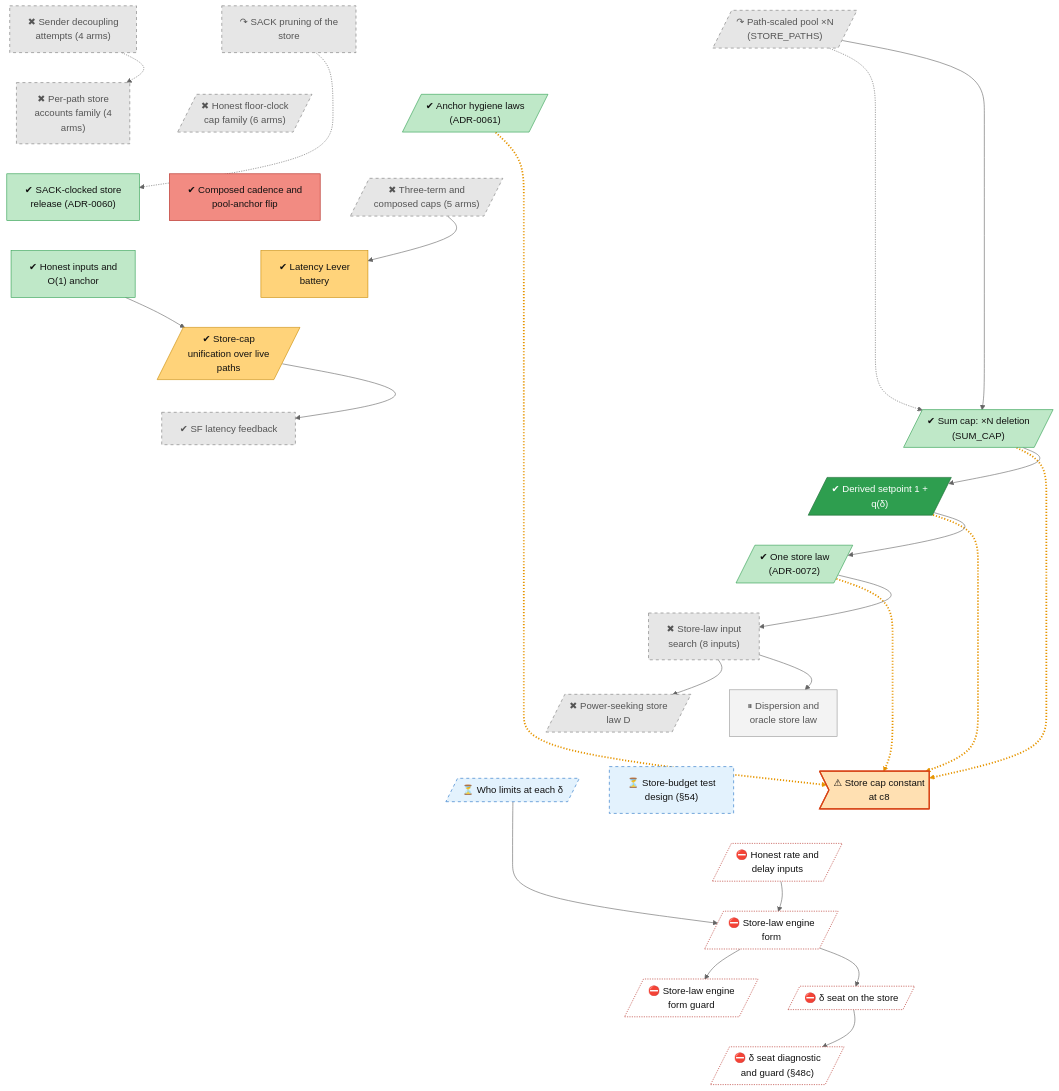
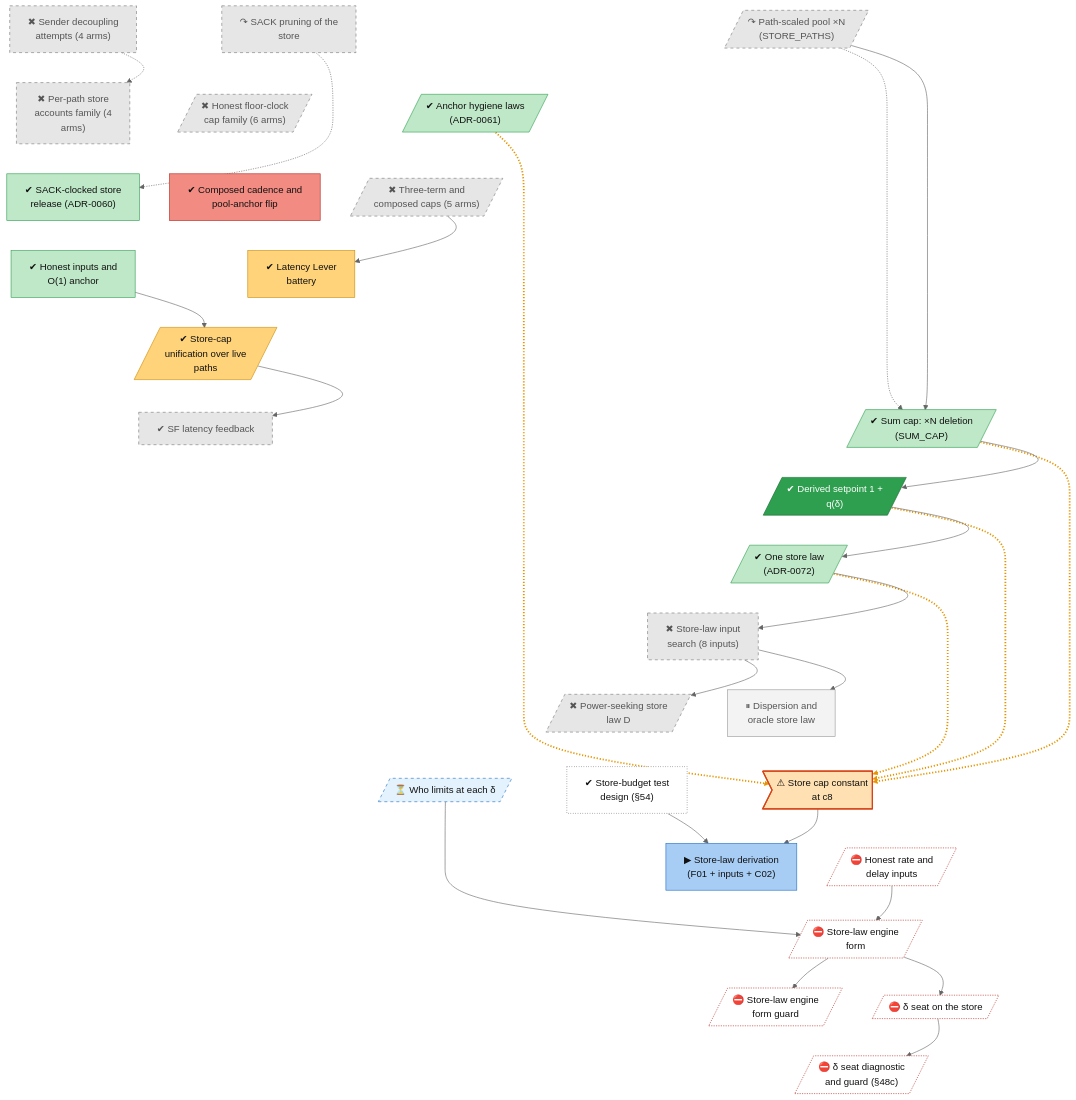
One commit to lhns/raptorpath changed the diagram in docs/roadmap/tracks/store.md. Above: the diagram before and after it, drawn with Mermaid (neutral theme). The commit also changed other lines of this file and 5 other files, not shown here.

Commit message:
status §54: owner decision - lever-B guard paused, store-law derivation (E04+E03+F01+C02) first; tree: store-law-derivation node

````diff
--- a/docs/roadmap/tracks/store.md
+++ b/docs/roadmap/tracks/store.md
@@ -29,8 +29,9 @@
     store_power_law[/"✖ Power-seeking store<br/>law D"/]
     store_engine_form["⏸ Dispersion and<br/>oracle store law"]
     store_w1_who_limits[/"⏳ Who limits at each δ"/]
-    store_s54_budget["⏳ Store-budget test<br/>design (#167;54)"]
+    store_s54_budget["✔ Store-budget test<br/>design (#167;54)"]
     store_defect_cap_constant>"⚠ Store cap constant<br/>at c8"]
+    store_law_derivation["▶ Store-law derivation<br/>(F01 + inputs + C02)"]
     store_fix_maxbw_minrtt[/"⛔ Honest rate and<br/>delay inputs"/]
     store_engine_form_impl[/"⛔ Store-law engine<br/>form"/]
     store_engine_form_guard[/"⛔ Store-law engine<br/>form guard"/]
@@ -58,9 +59,10 @@
     store_power_law ~~~ store_w1_who_limits
     store_engine_form ~~~ store_s54_budget
     store_engine_form ~~~ store_defect_cap_constant
-    store_w1_who_limits ~~~ store_fix_maxbw_minrtt
+    store_w1_who_limits ~~~ store_law_derivation
     store_s54_budget ~~~ store_fix_maxbw_minrtt
     store_defect_cap_constant ~~~ store_fix_maxbw_minrtt
+    store_law_derivation ~~~ store_engine_form_impl
     store_fix_maxbw_minrtt ~~~ store_engine_form_impl
     store_engine_form_impl ~~~ store_engine_form_guard
     store_engine_form_impl ~~~ store_delta_seat
@@ -82,12 +84,14 @@
     store_adr72_one_law --> store_input_search
     store_input_search --> store_power_law
     store_input_search --> store_engine_form
+    store_s54_budget --> store_law_derivation
+    store_defect_cap_constant --> store_law_derivation
     store_w1_who_limits --> store_engine_form_impl
     store_fix_maxbw_minrtt --> store_engine_form_impl
     store_engine_form_impl --> store_engine_form_guard
     store_engine_form_impl --> store_delta_seat
     store_delta_seat --> store_s48c_session
-    linkStyle 33,38,40,42 stroke:#e69500,stroke-width:3px,stroke-dasharray:2 3
+    linkStyle 34,39,41,43 stroke:#e69500,stroke-width:3px,stroke-dasharray:2 3
     classDef vsucc fill:#2e9e4f,stroke:#1b6b34,color:#fff
     classDef succ fill:#bfe8c8,stroke:#2e9e4f,color:#111
     classDef mixed fill:#ffd37a,stroke:#c98a00,color:#111
@@ -107,7 +111,9 @@
     class store_latency_lever,store_cap_unification mixed
     class store_delta_cap vsucc
     class store_engine_form parked
-    class store_w1_who_limits,store_s54_budget waiting
+    class store_w1_who_limits waiting
+    class store_s54_budget unrated
     class store_defect_cap_constant defect
+    class store_law_derivation inprog
     class store_fix_maxbw_minrtt,store_engine_form_impl,store_engine_form_guard,store_delta_seat,store_s48c_session blocked
 ```
````
